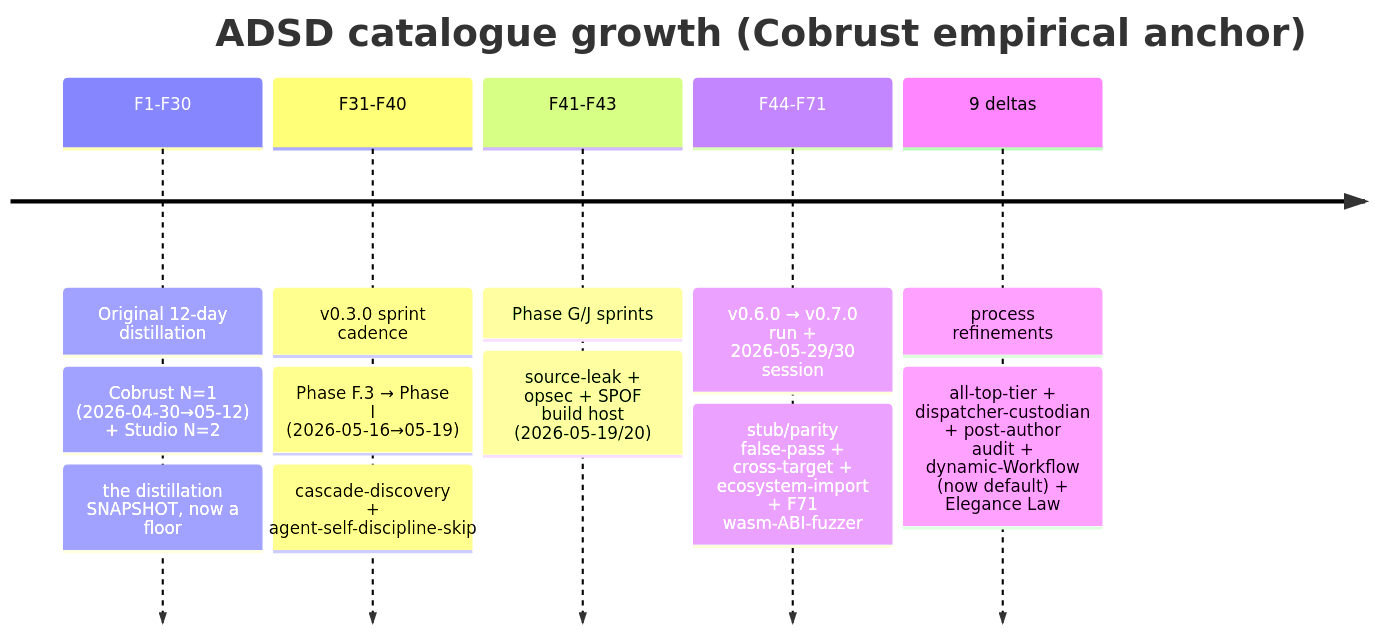
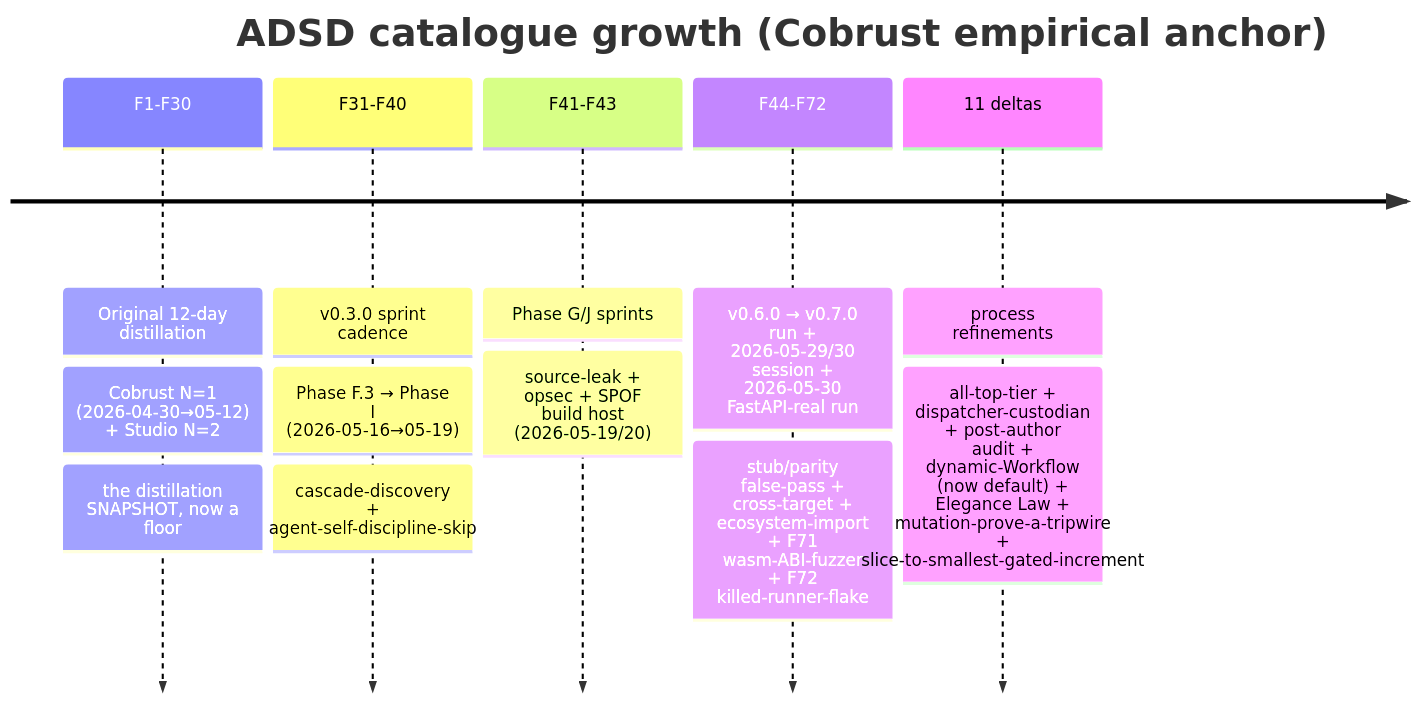
Before and after one commit to Cobrust-lang/agent-driven-development: the first of 2 diagrams in plugins/adsd/skills/agent-driven-development/reference/EVOLUTION.md, drawn with Mermaid. The commit also changed other lines of this file and 5 other files, not shown here.

First line of the commit message:
docs(adsd): back-port 2026-05-30 Cobrust FastAPI-real run learnings — Delta 10/11 + F72

````diff
--- a/plugins/adsd/skills/agent-driven-development/reference/EVOLUTION.md
+++ b/plugins/adsd/skills/agent-driven-development/reference/EVOLUTION.md
@@ -30,9 +30,9 @@
 ```mermaid
 timeline
     title ADSD catalogue growth (Cobrust empirical anchor)
     F1-F30 : Original 12-day distillation : Cobrust N=1 (2026-04-30→05-12) + Studio N=2 : the distillation SNAPSHOT, now a floor
     F31-F40 : v0.3.0 sprint cadence : Phase F.3 → Phase I (2026-05-16→05-19) : cascade-discovery + agent-self-discipline-skip
     F41-F43 : Phase G/J sprints : source-leak + opsec + SPOF build host (2026-05-19/20)
-    F44-F71 : v0.6.0 → v0.7.0 run + 2026-05-29/30 session : stub/parity false-pass + cross-target + ecosystem-import + F71 wasm-ABI-fuzzer
-    9 deltas : process refinements : all-top-tier + dispatcher-custodian + post-author audit + dynamic-Workflow (now default) + Elegance Law
+    F44-F72 : v0.6.0 → v0.7.0 run + 2026-05-29/30 session + 2026-05-30 FastAPI-real run : stub/parity false-pass + cross-target + ecosystem-import + F71 wasm-ABI-fuzzer + F72 killed-runner-flake
+    11 deltas : process refinements : all-top-tier + dispatcher-custodian + post-author audit + dynamic-Workflow (now default) + Elegance Law + mutation-prove-a-tripwire + slice-to-smallest-gated-increment
 ```
````
